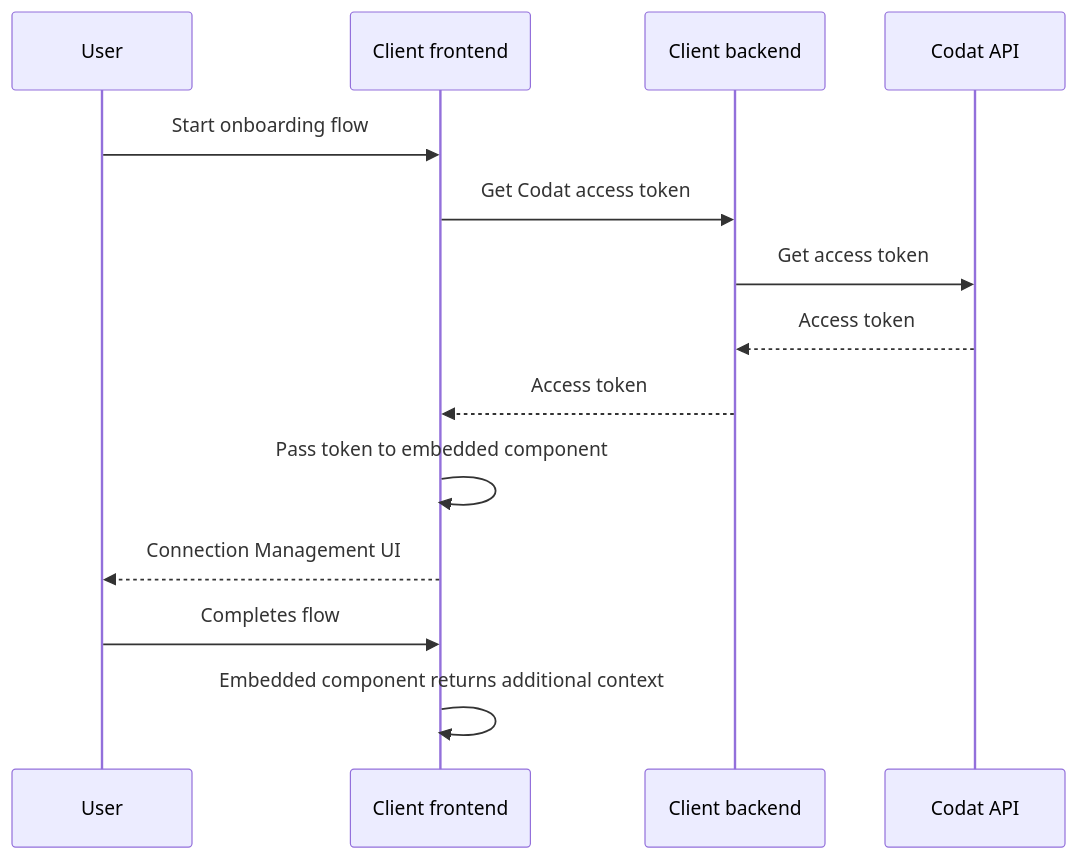
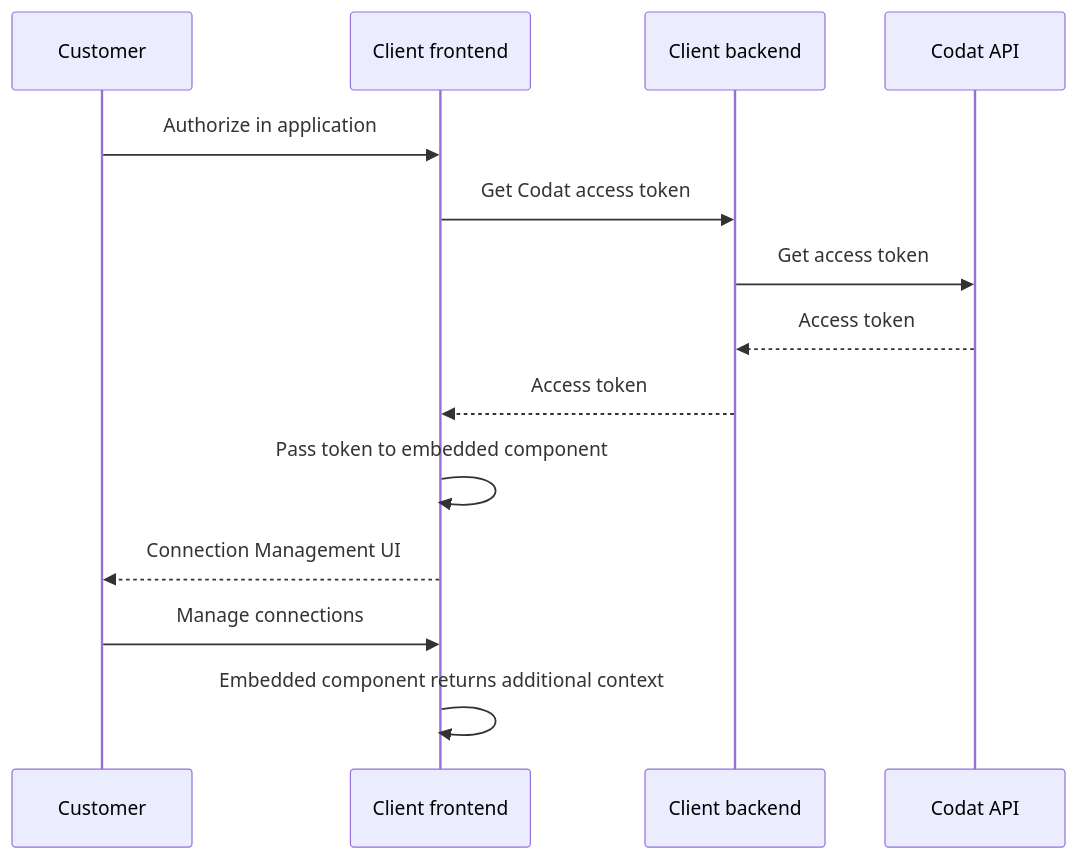
Before and after one commit to codatio/codat-docs: the diagram in docs/auth-flow/optimize/connection-management.md, drawn with Mermaid. The commit also changed other lines of this file, not shown here.

````diff
--- a/docs/auth-flow/optimize/connection-management.md
+++ b/docs/auth-flow/optimize/connection-management.md
@@ -43,18 +42,18 @@
 ```mermaid
 
 sequenceDiagram
-    participant user as User
+    participant user as Customer
     participant fe as Client frontend 
     participant be as Client backend
     participant codat as Codat API
-    user ->> fe: Start onboarding flow
+    user ->> fe: Authorize in application
     fe ->> be: Get Codat access token
     be ->> codat: Get access token
     codat -->> be: Access token
     be -->> fe: Access token
     fe ->> fe: Pass token to embedded component
     fe -->> user: Connection Management UI
-    user ->> fe: Completes flow
+    user ->> fe: Manage connections
 fe ->> fe: Embedded component returns additional context
 
 ```
````
